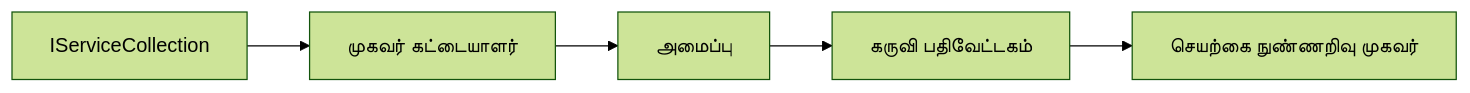
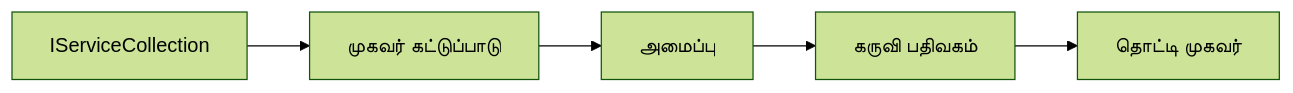
Before and after one commit to venturemavenwill/azureaifundamentals: the diagram in translations/ta/03-agentic-design-patterns/code_samples/03-dotnet-agent-framework.md, drawn with Mermaid (forest theme). The commit also changed other lines of this file and 2002 other files, not shown here.

````diff
--- a/translations/ta/03-agentic-design-patterns/code_samples/03-dotnet-agent-framework.md
+++ b/translations/ta/03-agentic-design-patterns/code_samples/03-dotnet-agent-framework.md
@@ -41,7 +41,7 @@
 ```mermaid
 graph LR
-    A[IServiceCollection] --> B[முகவர் கட்டையாளர்]
+    A[IServiceCollection] --> B[முகவர் கட்டுப்பாடு]
     B --> C[அமைப்பு]
-    C --> D[கருவி பதிவேட்டகம்]
-    D --> E[செயற்கை நுண்ணறிவு முகவர்]
+    C --> D[கருவி பதிவகம்]
+    D --> E[தொட்டி முகவர்]
 ```
````
